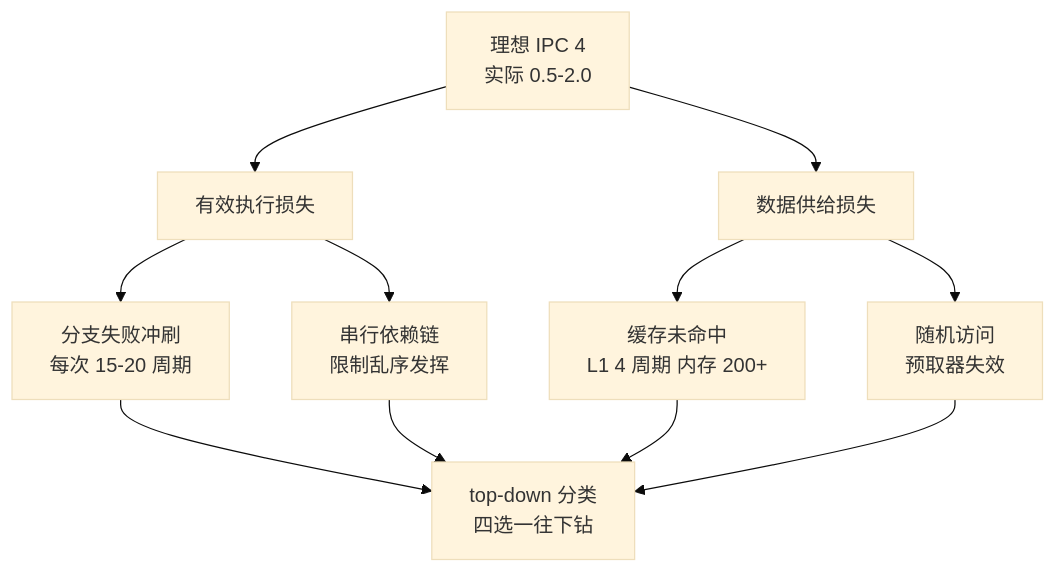
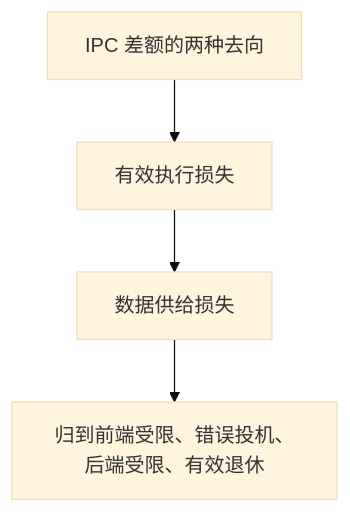
The third of 3 diagrams in vault/工程知识/性能工程：从用户等待到资源瓶颈/处理器与内存/CPU性能来自有效执行与数据供给.md (hub138/technical-knowledge), drawn with Mermaid (base theme) before and after one commit. The commit also changed other lines of this file and 622 other files, not shown here.

````diff
--- a/vault/工程知识/性能工程：从用户等待到资源瓶颈/处理器与内存/CPU性能来自有效执行与数据供给.md
+++ b/vault/工程知识/性能工程：从用户等待到资源瓶颈/处理器与内存/CPU性能来自有效执行与数据供给.md
@@ -124,13 +133,6 @@
 ```mermaid
-flowchart TB
-    a["理想 IPC 4<br/>实际 0.5-2.0"] --> b1["有效执行损失"]
-    a --> b2["数据供给损失"]
-    b1 --> c1["分支失败冲刷<br/>每次 15-20 周期"]
-    b1 --> c2["串行依赖链<br/>限制乱序发挥"]
-    b2 --> c3["缓存未命中<br/>L1 4 周期 内存 200+"]
-    b2 --> c4["随机访问<br/>预取器失效"]
-    c1 --> d["top-down 分类<br/>四选一往下钻"]
-    c2 --> d
-    c3 --> d
-    c4 --> d
+flowchart TD
+    a["IPC 差额的两种去向"] --> b1["有效执行损失"]
+    b1 --> b2["数据供给损失"]
+    b2 --> d["归到前端受限、错误投机、后端受限、有效退休"]
 ```
````
